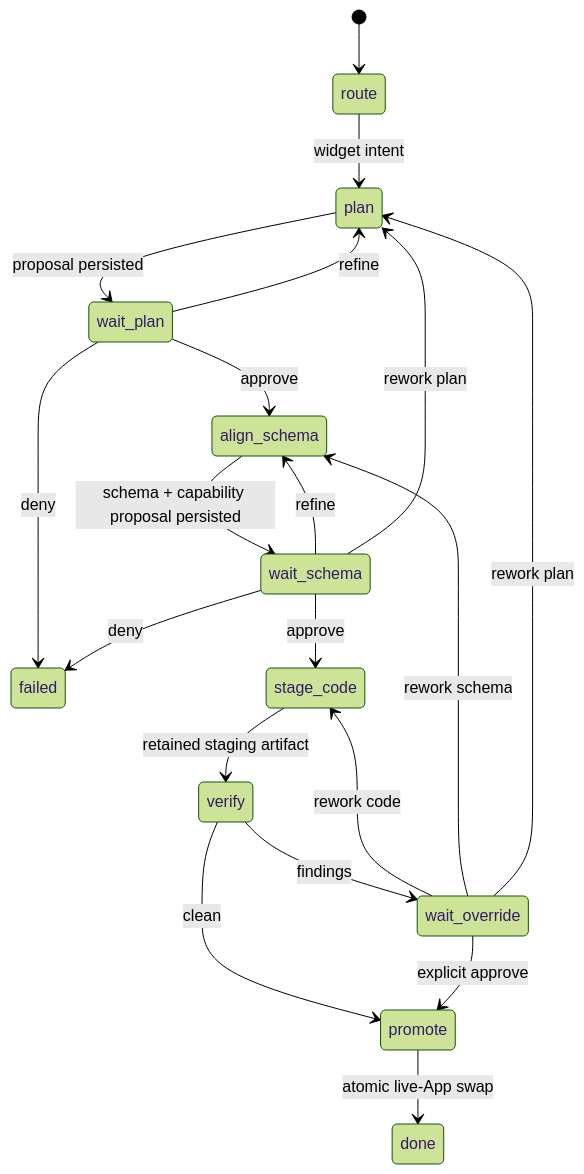
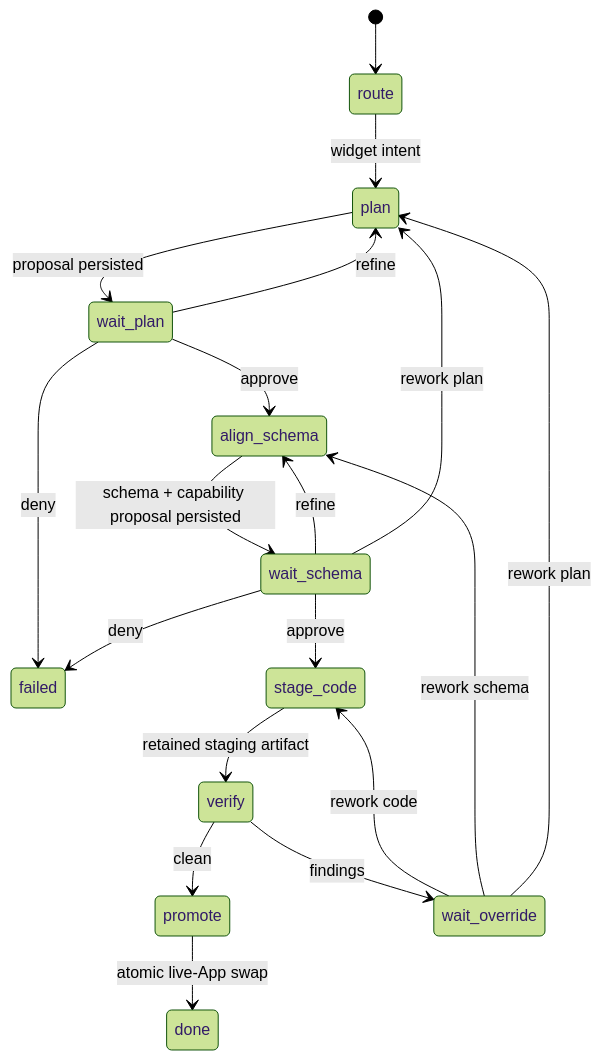
Before and after one commit to BillShiyaoZhang/ambient-agent: the third of 4 diagrams in docs/agent/harness.md, drawn with Mermaid (forest theme). The commit also changed 21 other files, not shown here.

Commit message:
Enforce schema validation and repair workflows

````diff
--- a/docs/agent/harness.md
+++ b/docs/agent/harness.md
@@ -77,22 +77,21 @@
 ```mermaid
 stateDiagram-v2
     [*] --> route
     route --> plan: widget intent
     plan --> wait_plan: proposal persisted
     wait_plan --> align_schema: approve
     wait_plan --> plan: refine
     wait_plan --> failed: deny
     align_schema --> wait_schema: schema + capability proposal persisted
     wait_schema --> stage_code: approve
     wait_schema --> align_schema: refine
     wait_schema --> plan: rework plan
     wait_schema --> failed: deny
     stage_code --> verify: retained staging artifact
     verify --> promote: clean
     verify --> wait_override: findings
-    wait_override --> promote: explicit approve
     wait_override --> stage_code: rework code
     wait_override --> align_schema: rework schema
     wait_override --> plan: rework plan
     promote --> done: atomic live-App swap
 ```
````
